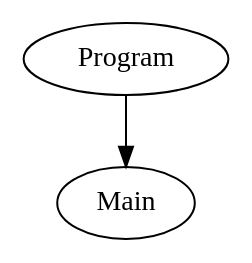
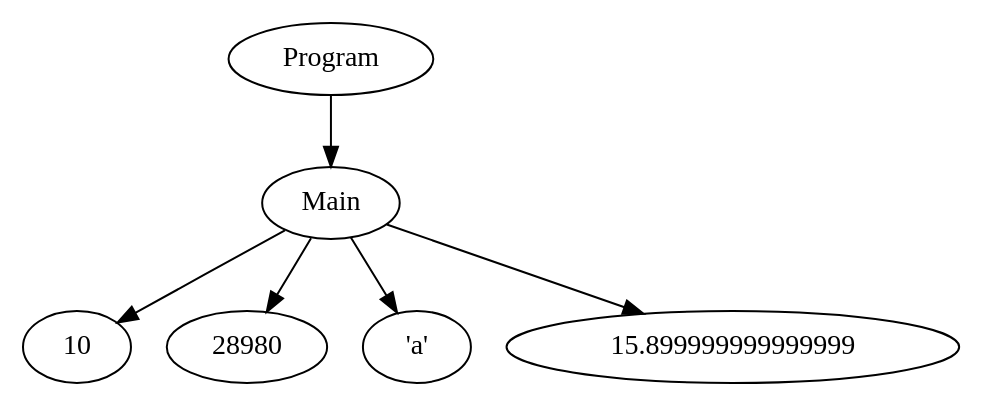
One commit to CedricDeVijt/CompilersProject changed the diagram in src/parser/output.dot. Above: the diagram before and after it, drawn with Graphviz. The commit also changed 2 other files, not shown here.

```diff
--- a/src/parser/output.dot
+++ b/src/parser/output.dot
@@ -1,5 +1,13 @@
 digraph AST {
-"139637383249824" [label="Program"];
-"139637383249824" -> "139637383248144";
-"139637383248144" [label="Main"];
+"140367441415184" [label="Program"];
+"140367441415184" -> "140367441417968";
+"140367441417968" [label="Main"];
+"140367441417968" -> "140367441415472";
+"140367441415472" [label="10"];
+"140367441417968" -> "140367441419552";
+"140367441419552" [label="28980"];
+"140367441417968" -> "140367441416000";
+"140367441416000" [label="'a'"];
+"140367441417968" -> "140367441414800";
+"140367441414800" [label="15.899999999999999"];
 }
```
